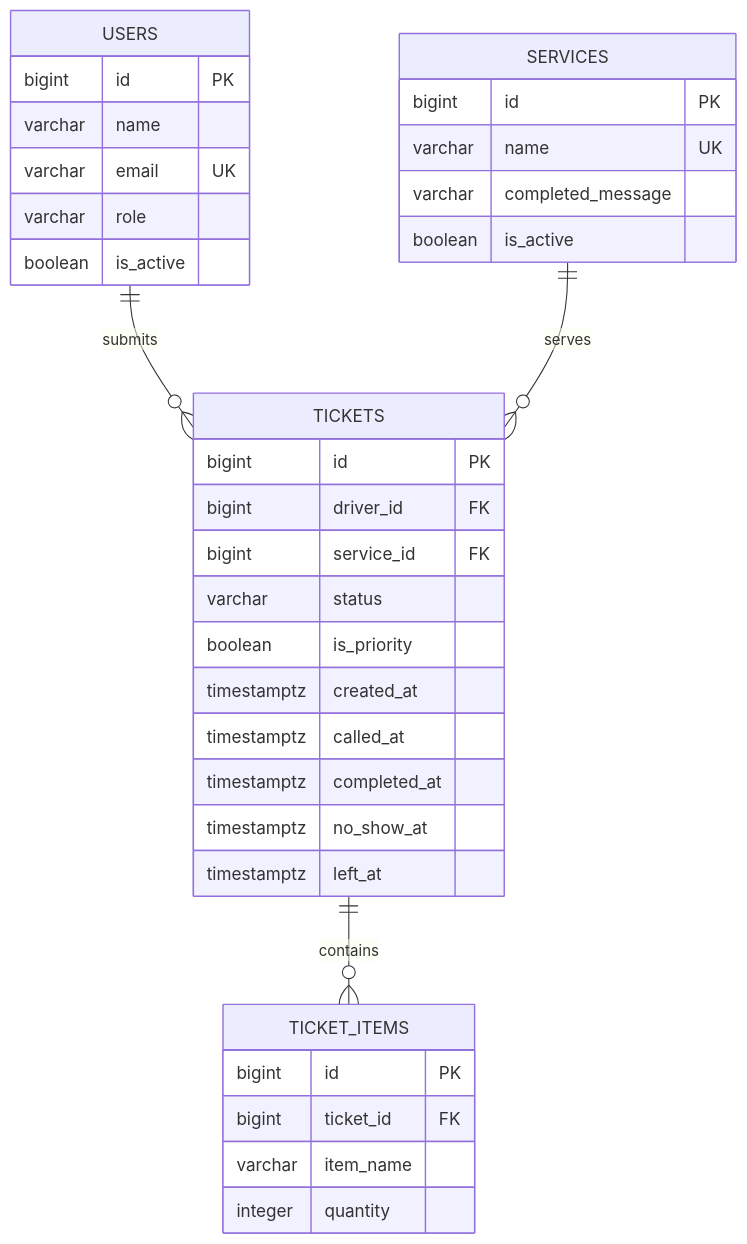
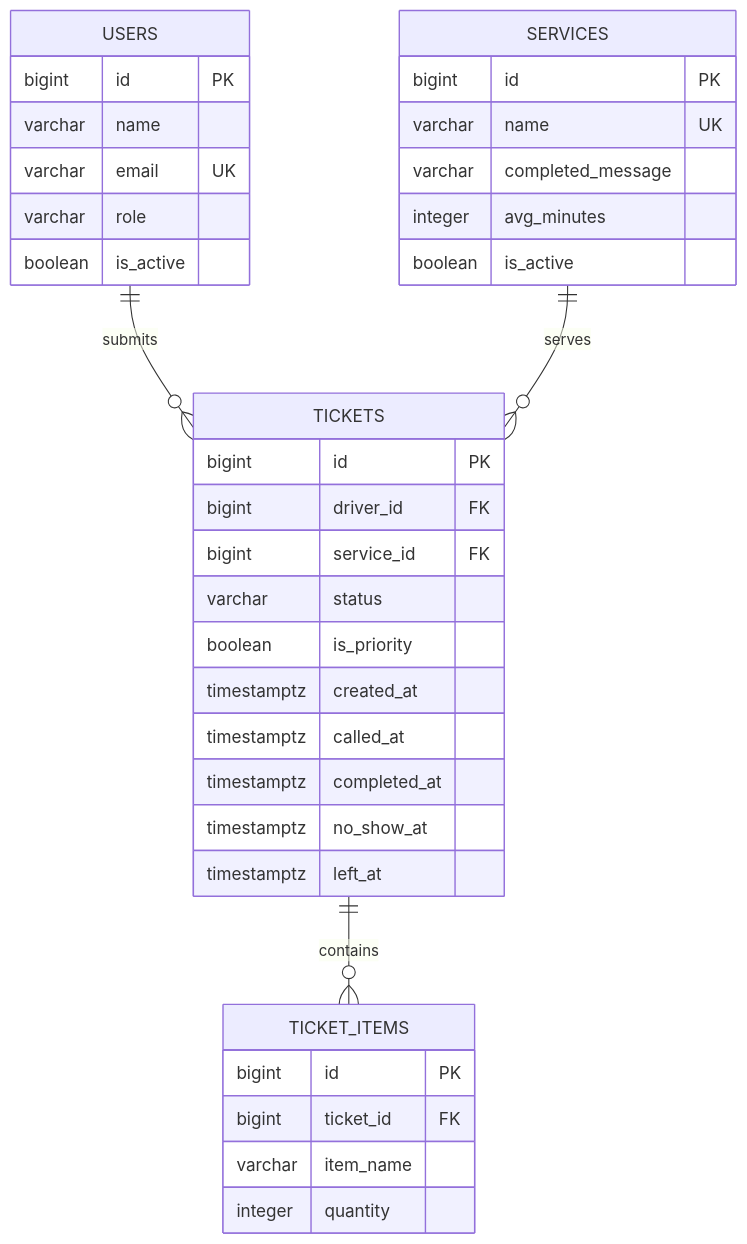
One commit to stebbn/CCC181 changed the diagram in docs/week4/schema.md. Above: the diagram before and after it, drawn with Mermaid. The commit also changed other lines of this file and 15 other files, not shown here.

````diff
--- a/docs/week4/schema.md
+++ b/docs/week4/schema.md
@@ -102,38 +103,39 @@
 ```mermaid
 erDiagram
     USERS {
         bigint id PK
         varchar name
         varchar email UK
         varchar role
         boolean is_active
     }
     SERVICES {
         bigint id PK
         varchar name UK
         varchar completed_message
+        integer avg_minutes
         boolean is_active
     }
     TICKETS {
         bigint id PK
         bigint driver_id FK
         bigint service_id FK
         varchar status
         boolean is_priority
         timestamptz created_at
         timestamptz called_at
         timestamptz completed_at
         timestamptz no_show_at
         timestamptz left_at
     }
     TICKET_ITEMS {
         bigint id PK
         bigint ticket_id FK
         varchar item_name
         integer quantity
     }
 
     USERS ||--o{ TICKETS : submits
     SERVICES ||--o{ TICKETS : serves
     TICKETS ||--o{ TICKET_ITEMS : contains
 ```
````
